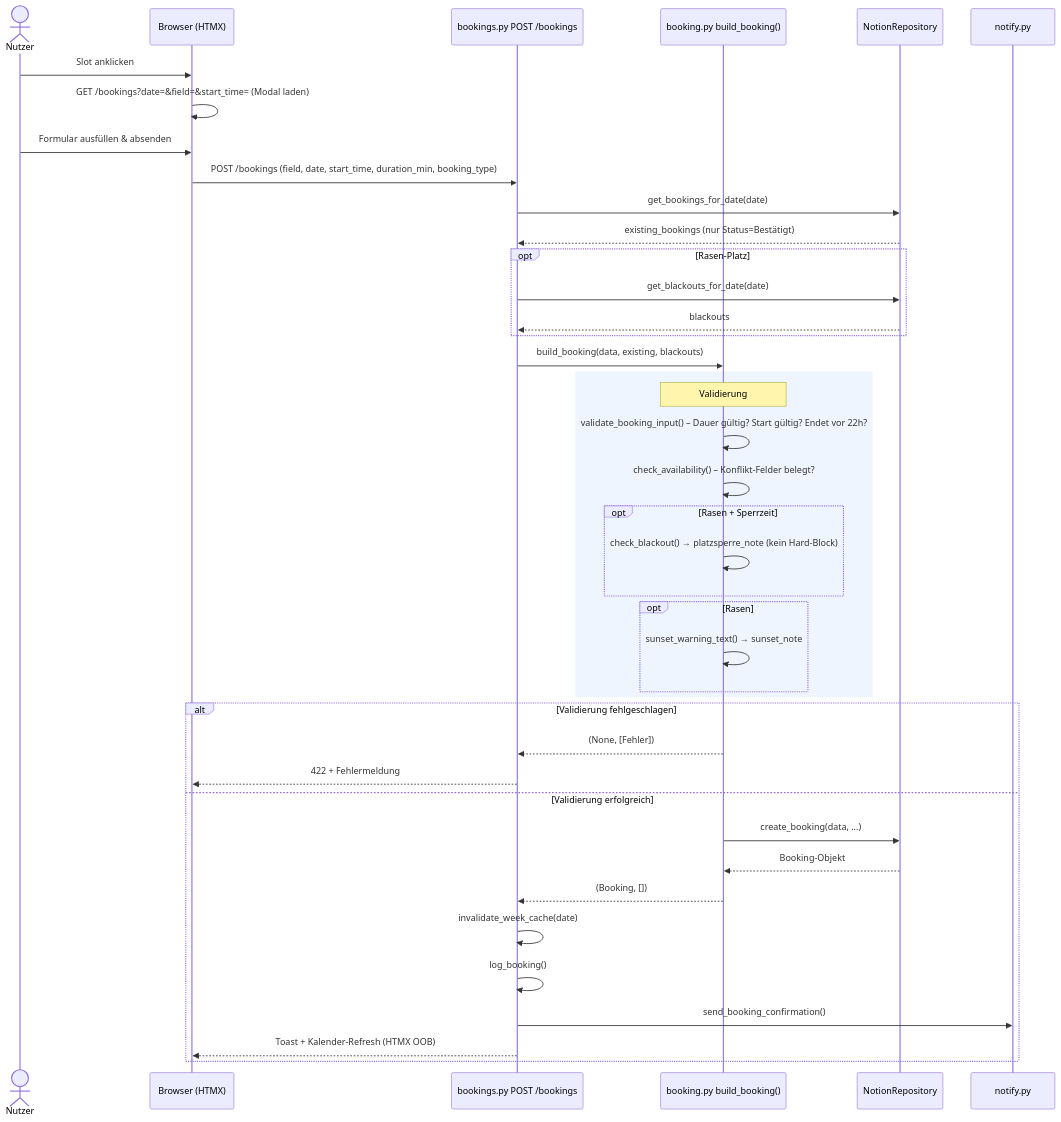
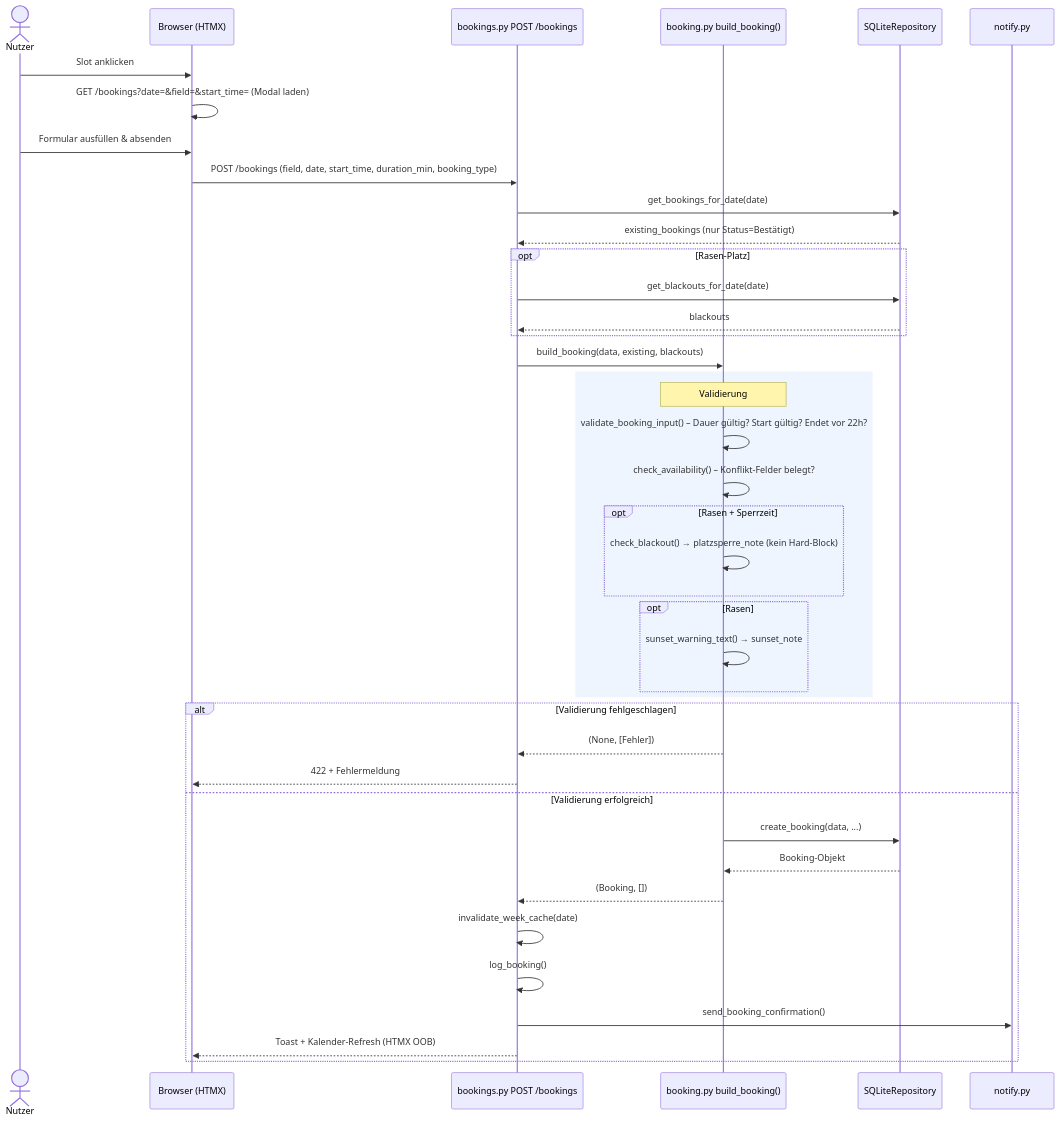
The fifth of 12 diagrams in docs/ARCHITEKTUR.md (MerowingerX/Sportplatz-Buchung), drawn with Mermaid before and after one commit. The commit also changed other lines of this file and 12 other files, not shown here.

````diff
--- a/docs/ARCHITEKTUR.md
+++ b/docs/ARCHITEKTUR.md
@@ -383,49 +378,49 @@
 ```mermaid
 sequenceDiagram
     actor Nutzer
     participant B as Browser (HTMX)
     participant BK as bookings.py POST /bookings
     participant LOGIC as booking.py build_booking()
-    participant NR as NotionRepository
+    participant REPO as SQLiteRepository
     participant MAIL as notify.py
 
     Nutzer->>B: Slot anklicken
     B->>B: GET /bookings?date=&field=&start_time= (Modal laden)
     Nutzer->>B: Formular ausfüllen & absenden
     B->>BK: POST /bookings (field, date, start_time, duration_min, booking_type)
 
-    BK->>NR: get_bookings_for_date(date)
-    NR-->>BK: existing_bookings (nur Status=Bestätigt)
+    BK->>REPO: get_bookings_for_date(date)
+    REPO-->>BK: existing_bookings (nur Status=Bestätigt)
 
     opt Rasen-Platz
-        BK->>NR: get_blackouts_for_date(date)
-        NR-->>BK: blackouts
+        BK->>REPO: get_blackouts_for_date(date)
+        REPO-->>BK: blackouts
     end
 
     BK->>LOGIC: build_booking(data, existing, blackouts)
 
     rect rgba(200, 220, 255, 0.3)
         Note over LOGIC: Validierung
         LOGIC->>LOGIC: validate_booking_input() – Dauer gültig? Start gültig? Endet vor 22h?
         LOGIC->>LOGIC: check_availability() – Konflikt-Felder belegt?
         opt Rasen + Sperrzeit
             LOGIC->>LOGIC: check_blackout() → platzsperre_note (kein Hard-Block)
         end
         opt Rasen
             LOGIC->>LOGIC: sunset_warning_text() → sunset_note
         end
     end
 
     alt Validierung fehlgeschlagen
         LOGIC-->>BK: (None, [Fehler])
         BK-->>B: 422 + Fehlermeldung
     else Validierung erfolgreich
-        LOGIC->>NR: create_booking(data, ...)
-        NR-->>LOGIC: Booking-Objekt
+        LOGIC->>REPO: create_booking(data, ...)
+        REPO-->>LOGIC: Booking-Objekt
         LOGIC-->>BK: (Booking, [])
         BK->>BK: invalidate_week_cache(date)
         BK->>BK: log_booking()
         BK->>MAIL: send_booking_confirmation()
         BK-->>B: Toast + Kalender-Refresh (HTMX OOB)
     end
 ```
````
